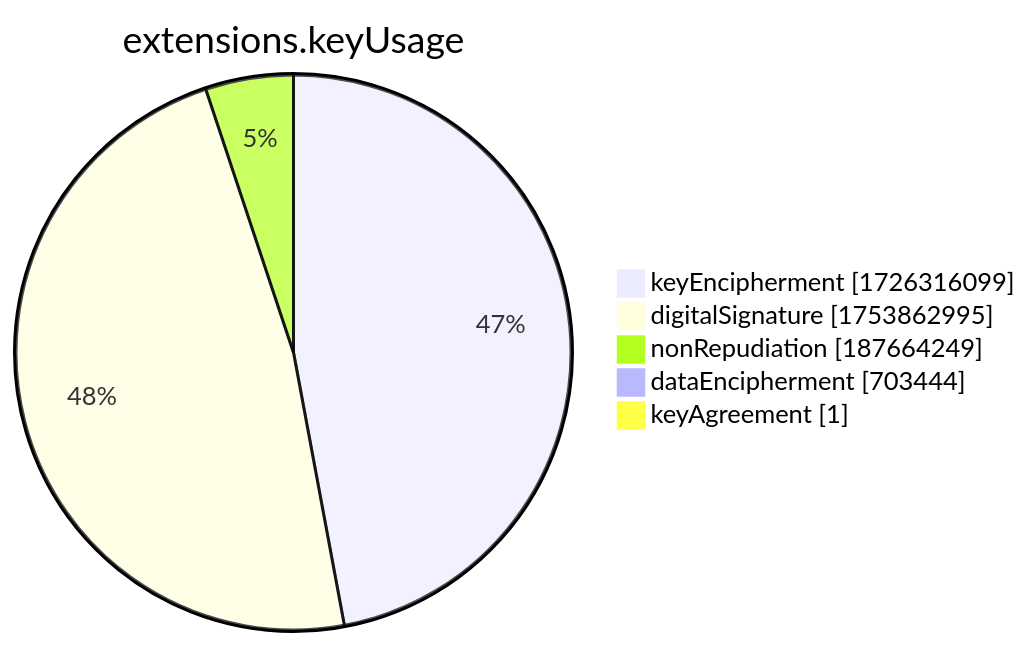
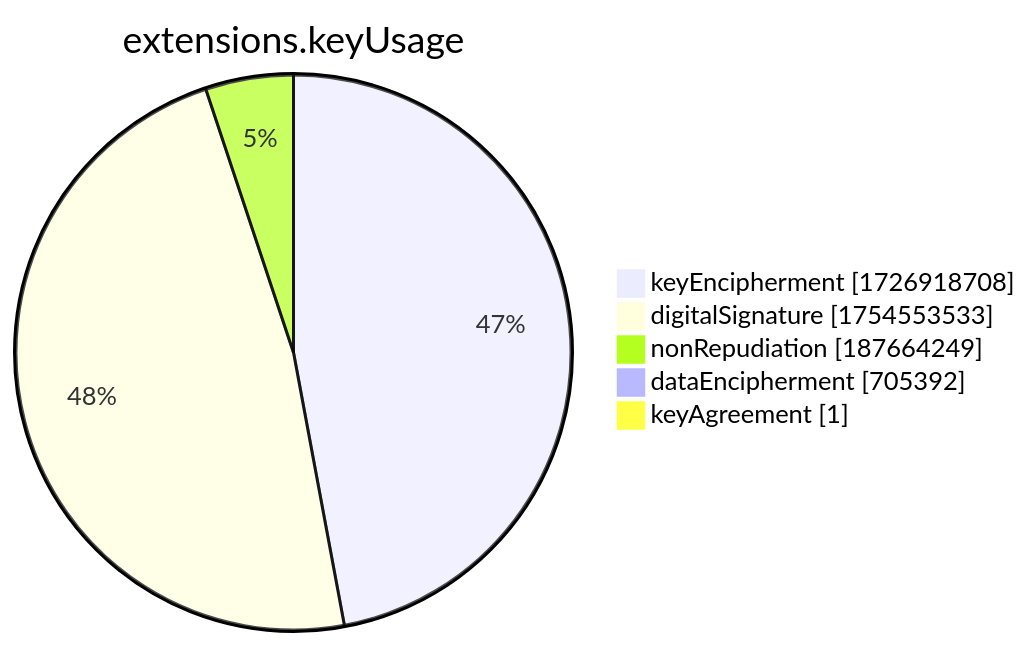
The seventh of 15 diagrams in xenon2022/README.md (christiankrug/ctmonitor_visualization), drawn with Mermaid before and after one commit. The commit also changed other lines of this file, not shown here.

````diff
--- a/xenon2022/README.md
+++ b/xenon2022/README.md
@@ -2859,9 +2859,9 @@
 ```mermaid
 pie showData
 title extensions.keyUsage
-"keyEncipherment" :1726316099
-"digitalSignature" :1753862995
+"keyEncipherment" :1726918708
+"digitalSignature" :1754553533
 "nonRepudiation" :187664249
-"dataEncipherment" :703444
+"dataEncipherment" :705392
 "keyAgreement" :1
 ```
````
